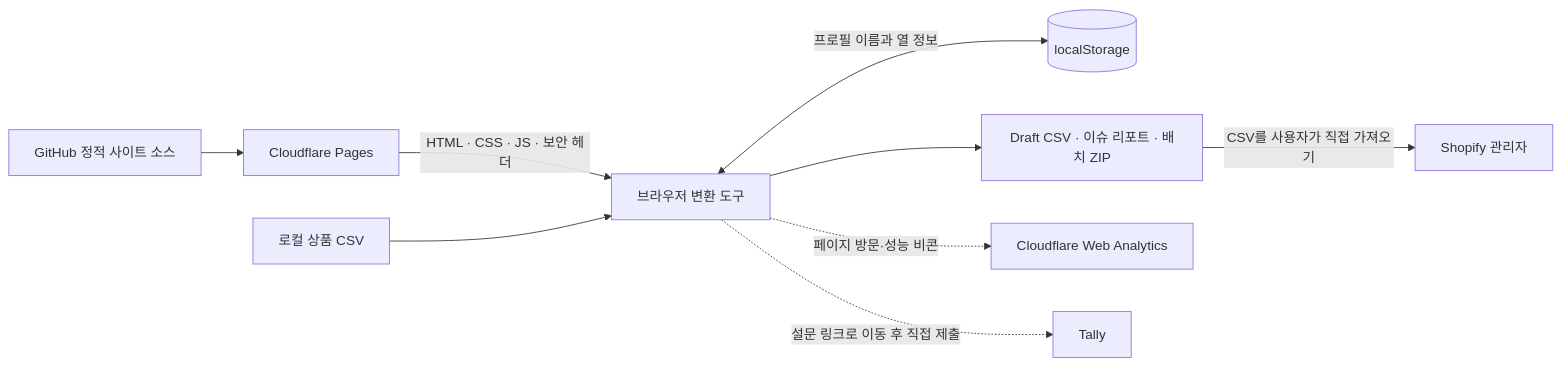
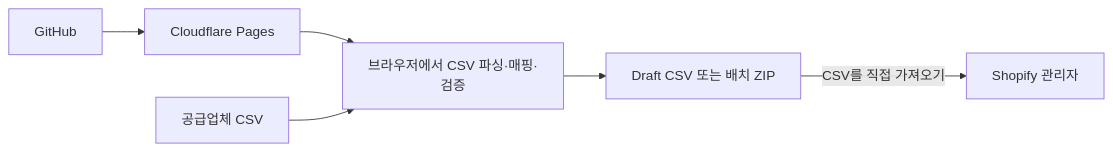
The diagram in README.md (parkjaewook1/shopcsv-fixer), drawn with Mermaid before and after one commit. The commit also changed other lines of this file and 1 other file, not shown here.

````diff
--- a/README.md
+++ b/README.md
@@ -43,11 +24,8 @@
 ```mermaid
 flowchart LR
-    G["GitHub 정적 사이트 소스"] --> P["Cloudflare Pages"]
-    P -->|"HTML · CSS · JS · 보안 헤더"| B["브라우저 변환 도구"]
-    F["로컬 상품 CSV"] --> B
-    B <-->|"프로필 이름과 열 정보"| L[("localStorage")]
-    B --> O["Draft CSV · 이슈 리포트 · 배치 ZIP"]
-    O -->|"CSV를 사용자가 직접 가져오기"| S["Shopify 관리자"]
-    B -. "페이지 방문·성능 비콘" .-> A["Cloudflare Web Analytics"]
-    B -. "설문 링크로 이동 후 직접 제출" .-> T["Tally"]
+    G["GitHub"] --> P["Cloudflare Pages"]
+    P --> B["브라우저에서 CSV 파싱·매핑·검증"]
+    I["공급업체 CSV"] --> B
+    B --> O["Draft CSV 또는 배치 ZIP"]
+    O -->|"CSV를 직접 가져오기"| S["Shopify 관리자"]
 ```
````
